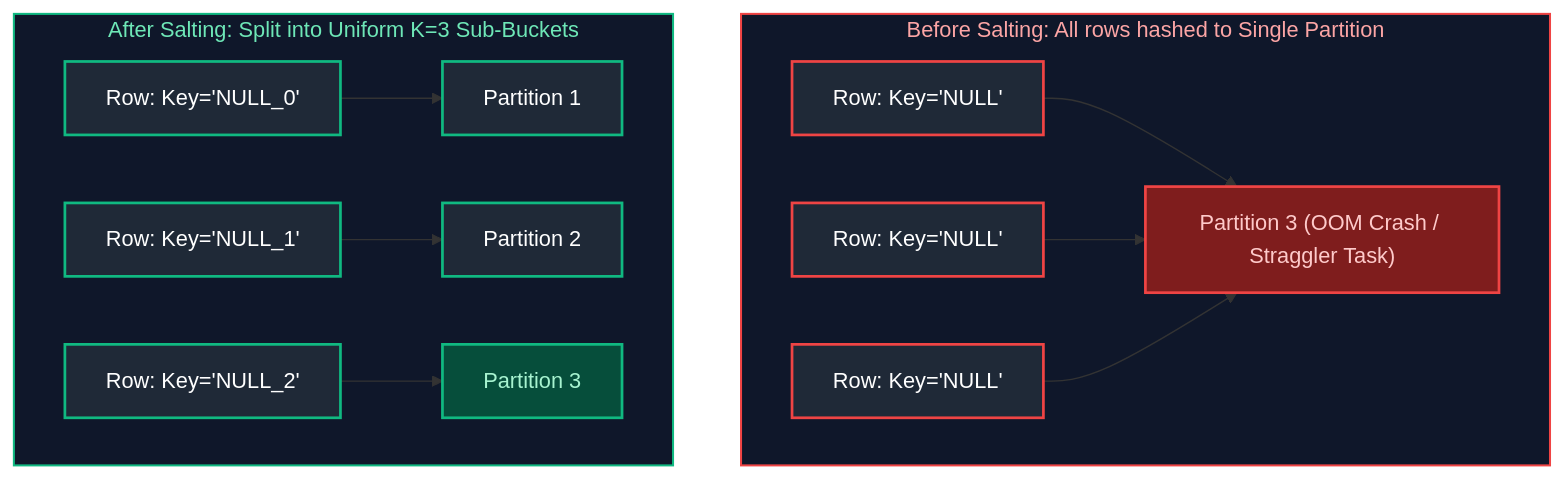
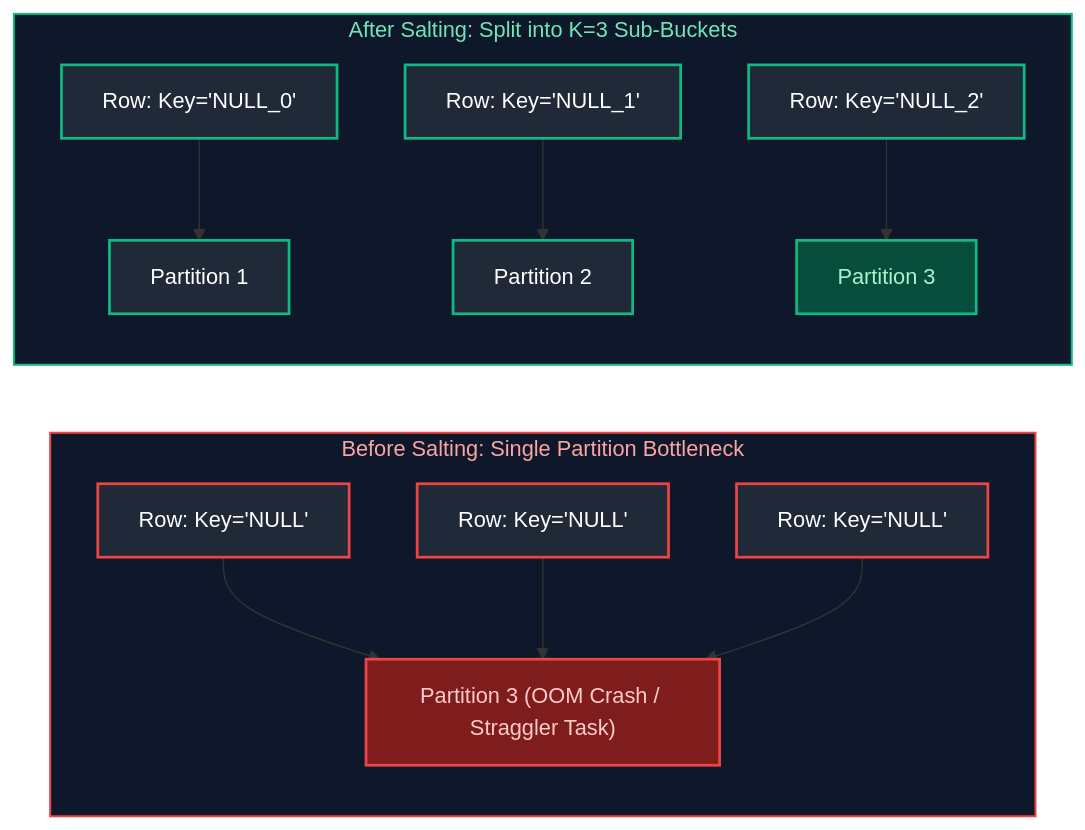
Before and after one commit to joydeep-biswas/Interview-Preparation: the third of 7 diagrams in Data Engineering/frequently_asked_questions/05_apache_spark_and_pyspark.md, drawn with Mermaid. The commit also changed other lines of this file and 76 other files, not shown here.

Commit message:
Updated Charts

````diff
--- a/Data Engineering/frequently_asked_questions/05_apache_spark_and_pyspark.md
+++ b/Data Engineering/frequently_asked_questions/05_apache_spark_and_pyspark.md
@@ -313,25 +311,27 @@
 ```mermaid
-flowchart TD
-    subgraph HotKeyProblem ["Before Salting: All rows hashed to Single Partition"]
+flowchart LR
+    subgraph HotKeyProblem ["Before Salting: Single Partition Bottleneck"]
+        direction TB
         R1["Row: Key='NULL'"] & R2["Row: Key='NULL'"] & R3["Row: Key='NULL'"] --> P3["Partition 3 (OOM Crash / Straggler Task)"]
     end
 
-    subgraph SaltingSolution ["After Salting: Split into Uniform K=3 Sub-Buckets"]
+    subgraph SaltingSolution ["After Salting: Split into K=3 Sub-Buckets"]
+        direction TB
         S1["Row: Key='NULL_0'"] --> P1["Partition 1"]
         S2["Row: Key='NULL_1'"] --> P2["Partition 2"]
         S3["Row: Key='NULL_2'"] --> P3_new["Partition 3"]
     end
 
     style HotKeyProblem fill:#0f172a,stroke:#ef4444,stroke-width:1.5px,color:#fca5a5
     style SaltingSolution fill:#0f172a,stroke:#10b981,stroke-width:1.5px,color:#6ee7b7
     style R1 fill:#1f2937,stroke:#ef4444,stroke-width:2px,color:#fff
     style R2 fill:#1f2937,stroke:#ef4444,stroke-width:2px,color:#fff
     style R3 fill:#1f2937,stroke:#ef4444,stroke-width:2px,color:#fff
     style P3 fill:#7f1d1d,stroke:#ef4444,stroke-width:2px,color:#fecaca
     style S1 fill:#1f2937,stroke:#10b981,stroke-width:2px,color:#fff
     style S2 fill:#1f2937,stroke:#10b981,stroke-width:2px,color:#fff
     style S3 fill:#1f2937,stroke:#10b981,stroke-width:2px,color:#fff
     style P1 fill:#1f2937,stroke:#10b981,stroke-width:2px,color:#fff
     style P2 fill:#1f2937,stroke:#10b981,stroke-width:2px,color:#fff
     style P3_new fill:#064e3b,stroke:#10b981,stroke-width:2px,color:#a7f3d0
 ```
````
